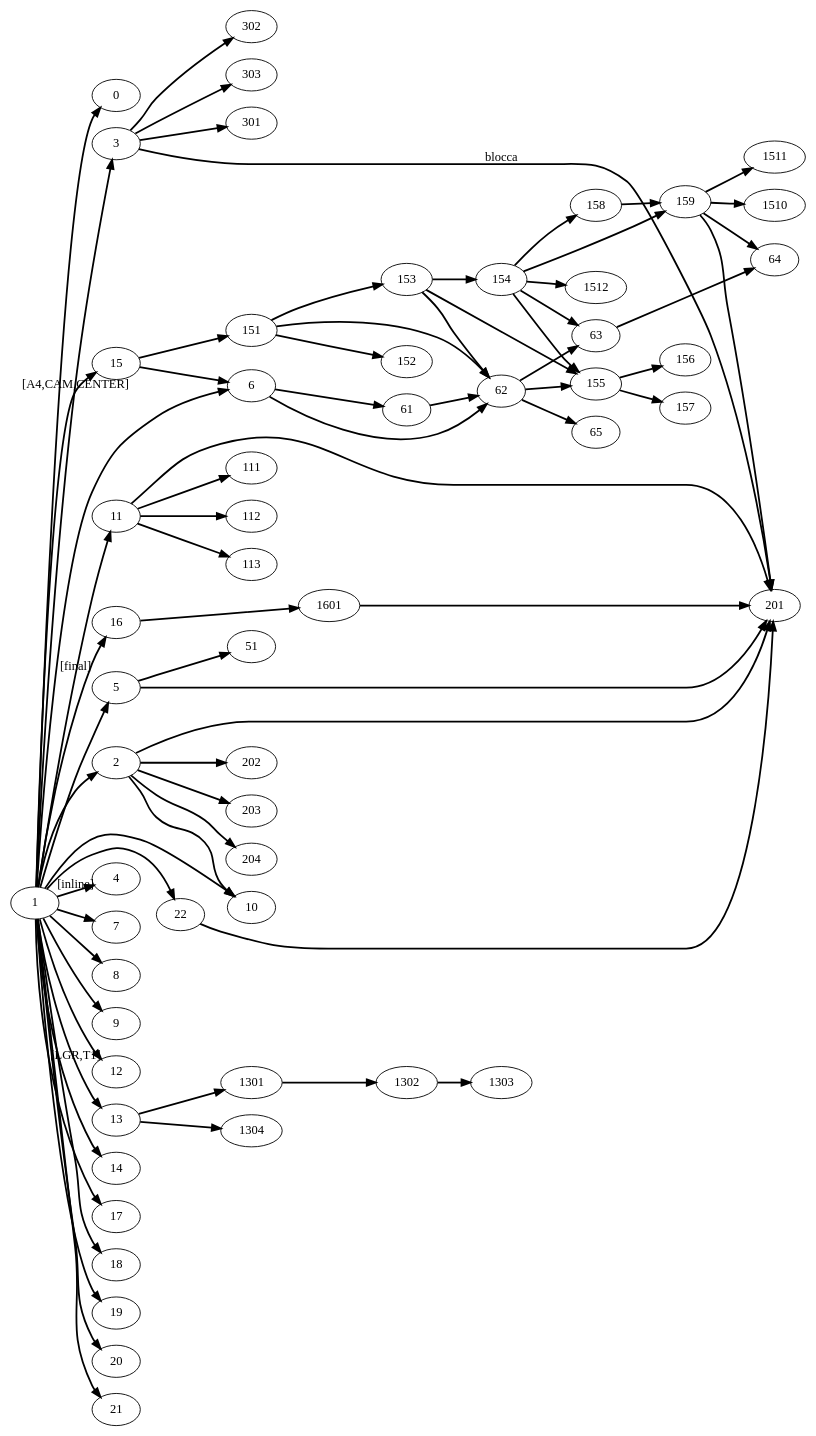
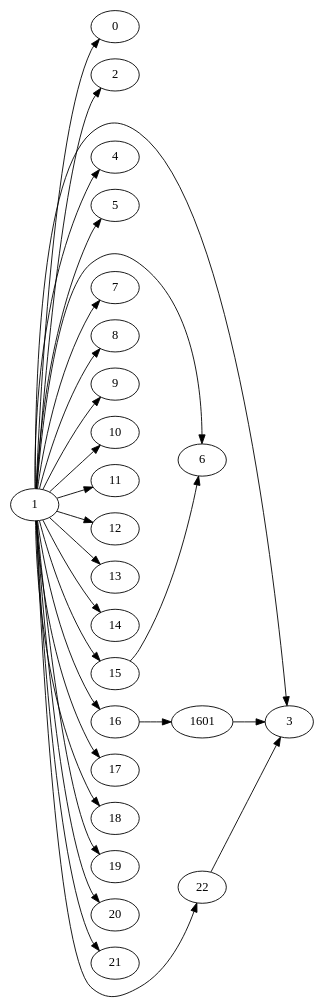
The diagram in DipLatex-dot2tex-fig1.dot (trim1962/dipModtex), drawn with Graphviz before and after one commit. The commit also changed 139 other files, not shown here.

```diff
--- a/DipLatex-dot2tex-fig1.dot
+++ b/DipLatex-dot2tex-fig1.dot
@@ -1,132 +1,55 @@
  digraph G{
-  edge [style=bold]
   rankdir="LR";
-  0 [style="main node",texlbl="book.cls"]
+
+  0[style="main2 node",texlbl="book.cls"]
   1 [style="main node",texlbl="suftesi"]
-  2 [style="main node",texlbl="geometry"]
-  201 [style="internal node",texlbl="keyvall"]
-  202 [style="internal node",texlbl="ifpdf"]
-  203 [style="internal node",texlbl="atbegshi"]
-  204 [style="internal node",texlbl="ifvtex"]
-  3 [style="main node",texlbl="xkeyval"]
-  301[style="internal node",texlbl="xkeyval.tex"]
-  302[style="internal node",texlbl="xkvutils.tex"]
-  303[style="internal node",texlbl="keyval.tex"]
 
-  4 [style="main node",texlbl="enumitem"]
-  5 [style="main node",texlbl="caption"]
-  51 [style="internal node",texlbl="caption3"]
-  6 [style="main node",texlbl="color"]
-  61 [style="cfg node",texlbl="color.cfg"]
-  62 [style="driver node",texlbl="pdftex.def"]
-  63 [style="internal node",texlbl="infwarerr"]
-  64 [style="internal node",texlbl="ltxcmds"]
-  65 [style="internal node",texlbl="supp-pdf.mkii"]
-  7 [style="main node",texlbl="multicol"]
-  8 [style="main node",texlbl="emptypage"]
-  9 [style="main node",texlbl="textcase"]
-  10 [style="main node",texlbl="ifxetex"]
-  11 [style="main node",texlbl="microtype"]
-  111[style="driver node",texlbl="microtype-pdftex.def"]
-  112[style="cfg node",texlbl="microtype.cfg"]
-  113[style="driver node",texlbl="mt-ppl.cfg"]
-  12 [style="main node",texlbl="cclicenses"]
-  13 [style="main node",texlbl="fontenc"]
-  1301 [style="driver node",texlbl="lgrenc.def"]
-  1302 [style="driver node",texlbl="greek-fontenc.def"]
-  1303 [style="driver node",texlbl="t1enc.def"]
-  1304 [style="driver node",texlbl="lgrcmr.fd"]
-  14 [style="main node",texlbl="sostitutefont"]
-  15 [style="main node",texlbl="crop"]
-  151 [style="internal node",texlbl="graphics"]
-  152 [style="internal node",texlbl="trig"]
-  153 [style="cfg node",texlbl="graphics.cfg"]
-  154 [style="driver node",texlbl="epstopdf-base"]
-  155 [style="internal node",texlbl="pdftexcmds"]
-  156 [style="internal node",texlbl="ifpdf"]
-  157 [style="internal node",texlbl="ifluatex"]
-  158 [style="internal node",texlbl="grfext"]
-  159 [style="internal node",texlbl="kvoptions"]
-  1510 [style="internal node",texlbl="kvsetkeys"]
-  1511 [style="internal node",texlbl="etexcmds"]
-  1512 [style="cfg node",texlbl="epstopdf-sys.cfg"]
-  16   [style="main node",texlbl="titlesec"]
+  2 [style="complesso node",texlbl="geometry"]
+  3 [style="main2 node",texlbl="xkeyval"]
+  4 [style="main2 node",texlbl="enumitem"]
+  5 [style="complesso node",texlbl="caption"]
+  6 [style="complesso node",texlbl="color"]
+  7 [style="main2 node",texlbl="multicol"]
+  8 [style="main2 node",texlbl="emptypage"]
+  9 [style="main2 node",texlbl="textcase"]
+  10 [style="main2 node",texlbl="ifxetex"]
+  11 [style="complesso node",texlbl="microtype"]
+  12 [style="main2 node",texlbl="cclicenses"]
+  13 [style="main2 node",texlbl="fontenc"]
+  14 [style="main2 node",texlbl="sostitutefont"]
+  15 [style="complesso node",texlbl="crop"]
+  16   [style="main2 node",texlbl="titlesec"]
   1601[style="cfg node",texlbl="ttlkey.cfg"]
-  17   [style="main node",texlbl="extramarks"]
-  18   [style="main node",texlbl="fancyhdr"]
-  19  [style="main node",texlbl="titletoc"]
-  20  [style="main node",texlbl="fixltxhyph"]
-  21  [style="main node",texlbl="mathpazo"]
-  22  [style="main node",texlbl="beramono"]
+  17   [style="main2 node",texlbl="extramarks"]
+  18   [style="main2 node",texlbl="fancyhdr"]
+  19  [style="main2 node",texlbl="titletoc"]
+  20  [style="main2 node",texlbl="fixltxhyph"]
+  21  [style="main2 node",texlbl="mathpazo"]
+  22  [style="main2 node",texlbl="beramono"]
   1->0
-  15->151
-  151->152
-  151->153
-  151->62
-  153->62
-  153->154
-  154->63
-  154->155
-  153->155
-  62->155
-  155->156
-  155->157
-  154->158
-  158->159
-  159->64
-  154->159
-  159->1510
-  159->1511
-  159->201
-  154->1512
   1->2
-  2->201
-  2->202
-  2->203
-  2->204
-  2->10
-  3->201[style=bold,labelfloat= true, label = "blocca"]
-  3->301
-  3->302
-  3->303
   1->3
-  1->4[style=bold,labelfloat= true, label = "[inline]"]
+  1->4
   1->5
   1->6
-  6->61
-  6->62
-  62->63
-  63->64
-  62->65
-  61->62
-  5->51
-  5->201
-  11->111
-  11->112
-  11->201
-  11->113
   1->7
   1->8
   1->9
   1->10
-  1->11[style=bold,labelfloat= true, label = "[final]"]
+  1->11
   1->12
-  1->13[style=bold,labelfloat= true, label = "[LGR,T1]"]
+  1->13
   1->14
-  1->15[style=bold,labelfloat= true, label = "[A4,CAM,CENTER]"]
+  1->15
   15->6
   1->16
   16->1601
-  1601->201
+  1601->3
   1->17
   1->18
   1->19
   1->20
   1->21
   1->22
-  22->201
-  13->1301
-  1301->1302
-  1302->1303
-  13->1304
+  22->3
  }
```
